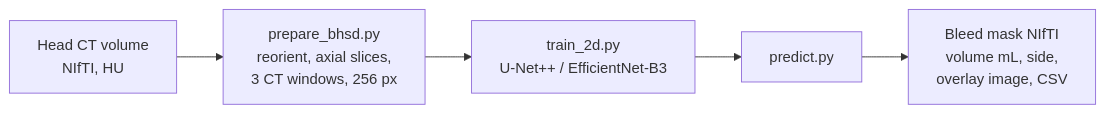
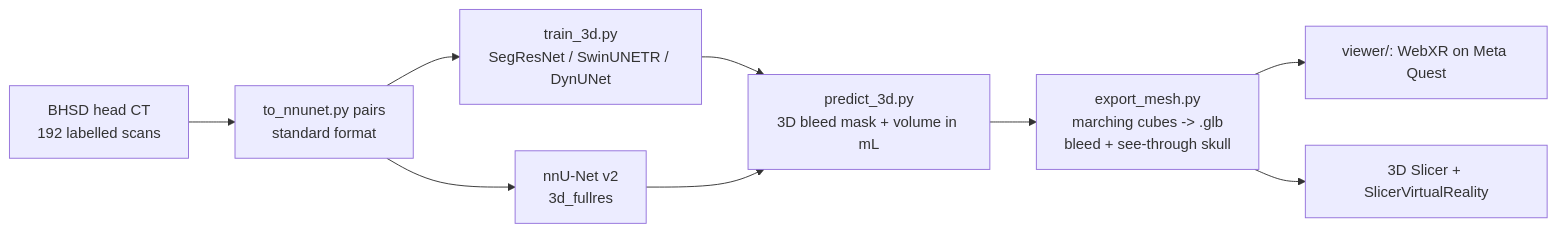
One commit to ChanduVenkatSaiNarne/Brain-Clot-Edema-midlineshift changed the diagram in README.md. Above: the diagram before and after it, drawn with Mermaid. The commit also changed other lines of this file and 18 other files, not shown here.

First line of the commit message:
3d branch: 3D bleed segmentation (MONAI + nnU-Net), 3D mesh export and WebXR VR viewer

````diff
--- a/README.md
+++ b/README.md
@@ -38,7 +33,11 @@
 ```mermaid
 flowchart LR
-    A[Head CT volume<br/>NIfTI, HU] --> B[prepare_bhsd.py<br/>reorient, axial slices,<br/>3 CT windows, 256 px]
-    B --> C[train_2d.py<br/>U-Net++ / EfficientNet-B3]
-    C --> D[predict.py]
-    D --> E[Bleed mask NIfTI<br/>volume mL, side,<br/>overlay image, CSV]
+    A[BHSD head CT<br/>192 labelled scans] --> B[to_nnunet.py pairs<br/>standard format]
+    B --> C1[train_3d.py<br/>SegResNet / SwinUNETR / DynUNet]
+    B --> C2[nnU-Net v2<br/>3d_fullres]
+    C1 --> D[predict_3d.py<br/>3D bleed mask + volume in mL]
+    C2 --> D
+    D --> E[export_mesh.py<br/>marching cubes -> .glb<br/>bleed + see-through skull]
+    E --> F1[viewer/: WebXR on Meta Quest]
+    E --> F2[3D Slicer + SlicerVirtualReality]
 ```
````
